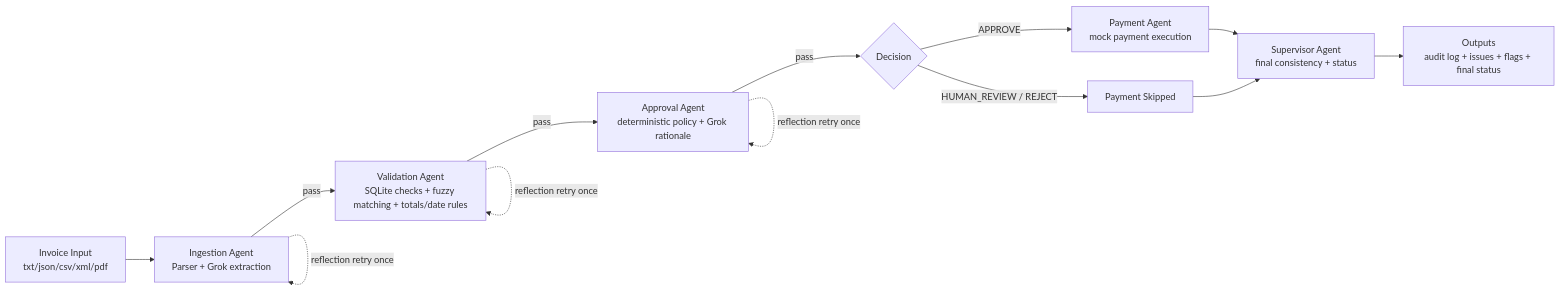
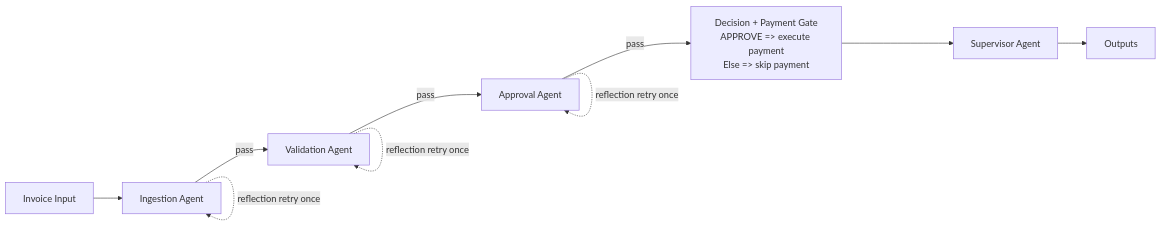
Before and after one commit to Xenkins/galatiq-case-invoices: the diagram in README.md, drawn with Mermaid. The commit also changed other lines of this file, not shown here.

````diff
--- a/README.md
+++ b/README.md
@@ -91,15 +91,12 @@
 ```mermaid
 flowchart LR
-    A[Invoice Input<br/>txt/json/csv/xml/pdf] --> B[Ingestion Agent<br/>Parser + Grok extraction]
-    B -->|pass| D[Validation Agent<br/>SQLite checks + fuzzy matching + totals/date rules]
+    A[Invoice Input] --> B[Ingestion Agent]
+    B -->|pass| D[Validation Agent]
     B -.->|reflection retry once| B
-    D -->|pass| F[Approval Agent<br/>deterministic policy + Grok rationale]
+    D -->|pass| F[Approval Agent]
     D -.->|reflection retry once| D
-    F -->|pass| H{Decision}
+    F -->|pass| H[Decision + Payment Gate<br/>APPROVE => execute payment<br/>Else => skip payment]
     F -.->|reflection retry once| F
-    H -->|APPROVE| I[Payment Agent<br/>mock payment execution]
-    H -->|HUMAN_REVIEW / REJECT| J[Payment Skipped]
-    I --> K[Supervisor Agent<br/>final consistency + status]
-    J --> K
-    K --> L[Outputs<br/>audit log + issues + flags + final status]
+    H --> K[Supervisor Agent]
+    K --> L[Outputs]
 ```
````
